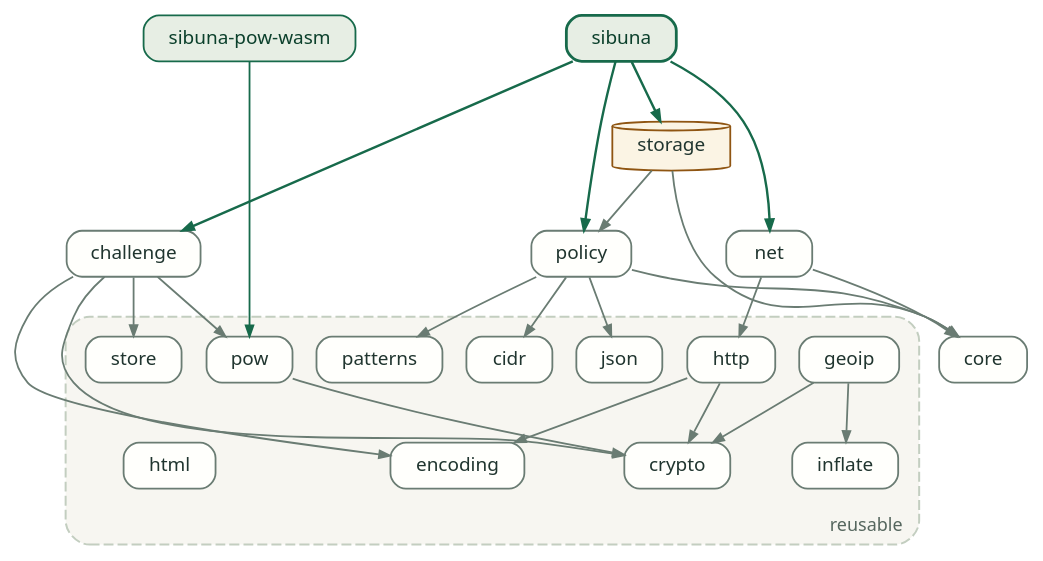
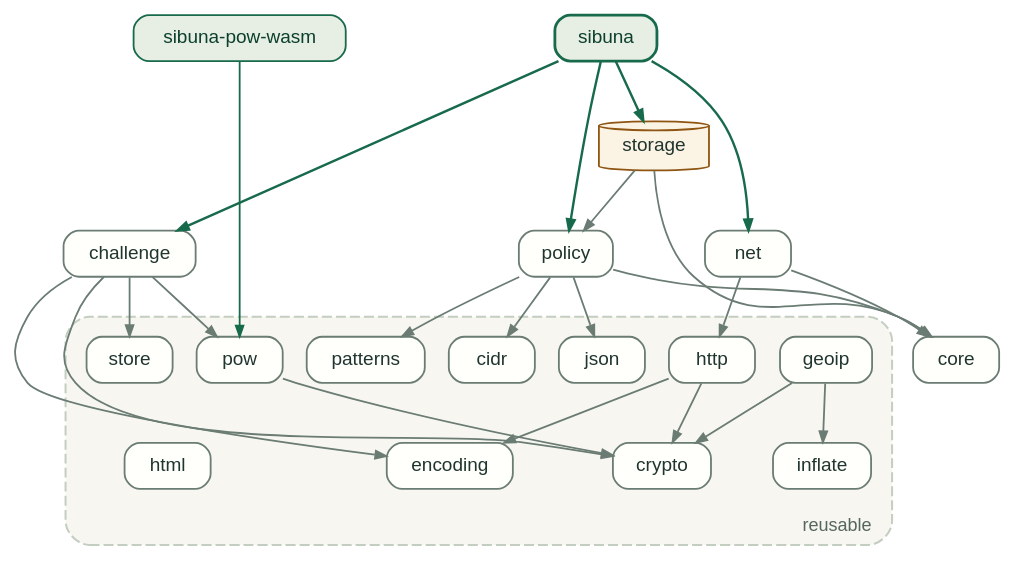
Before and after one commit to insanai/sibuna: the diagram in docs/sid/diagrams/crates.dot, drawn with Graphviz. The commit also changed 9 other files, not shown here.

Commit message:
docs: lay out the crate graphs with fonts Graphviz can measure

```diff
--- a/docs/sid/diagrams/crates.dot
+++ b/docs/sid/diagrams/crates.dot
@@ -1,26 +1,26 @@
 digraph crates {
-  graph [rankdir=TB, bgcolor="transparent", newrank=true, nodesep=0.16, ranksep=0.42, pad=0.1, fontname="Noto Sans", fontsize=9, fontcolor="#55665e"];
-  node [shape=box, style="rounded,filled", fontname="Noto Sans", fontsize=9.5, fontcolor="#20352f", color="#6a7c73", fillcolor="#fffffc", penwidth=0.9, height=0.32, width=0.6, margin="0.17,0.05"];
+  graph [rankdir=TB, bgcolor="transparent", newrank=true, nodesep=0.16, ranksep=0.42, pad=0.2, fontname="Helvetica", fontsize=9, fontcolor="#55665e"];
+  node [shape=box, style="rounded,filled", fontname="Helvetica", fontsize=9.5, fontcolor="#20352f", color="#6a7c73", fillcolor="#fffffc", penwidth=0.9, height=0.32, width=0.6, margin="0.12,0.05"];
   edge [color="#6a7c73", arrowsize=0.55, penwidth=0.9];
 
   sibuna [color="#176a4b", fillcolor="#e7eee4", fontcolor="#0c402c", penwidth=1.4];
   "sibuna-pow-wasm" [color="#176a4b", fillcolor="#e7eee4", fontcolor="#0c402c"];
   storage [color="#8f5512", fillcolor="#fbf4e4", shape=cylinder, style=filled];
   policy; challenge; net; core;
   subgraph cluster_reusable {
     label="reusable"; labelloc=b; labeljust=r; style="dashed,rounded,filled"; color="#c3cec0"; fillcolor="#f7f6f1"; margin=10;
     crypto; encoding; json; pow; http; patterns; cidr; store; inflate; geoip; html;
   }
   { rank=same; sibuna; "sibuna-pow-wasm"; }
   { rank=same; policy; challenge; net; }
   { rank=same; encoding; crypto; inflate; html; }
 
   sibuna -> policy [color="#176a4b", penwidth=1.2]; sibuna -> challenge [color="#176a4b", penwidth=1.2];
   sibuna -> net [color="#176a4b", penwidth=1.2]; sibuna -> storage [color="#176a4b", penwidth=1.2];
   storage -> policy; storage -> core;
   policy -> patterns; policy -> cidr; policy -> json; policy -> core;
   challenge -> crypto; challenge -> pow; challenge -> store; challenge -> encoding;
   net -> http; net -> core;
   pow -> crypto; http -> crypto; http -> encoding; geoip -> inflate; geoip -> crypto;
   "sibuna-pow-wasm" -> pow [color="#176a4b"];
 }
```
